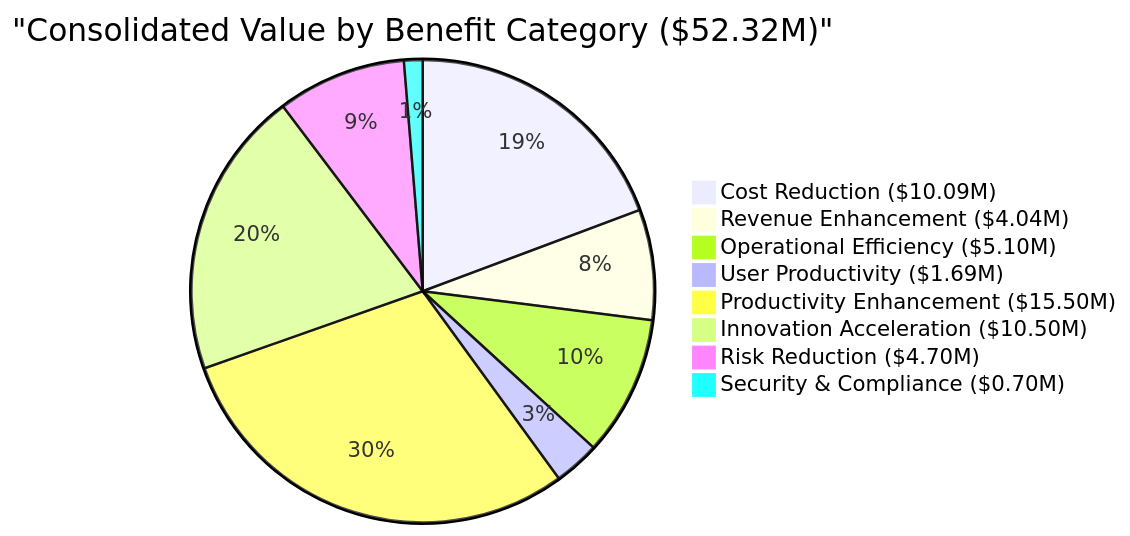
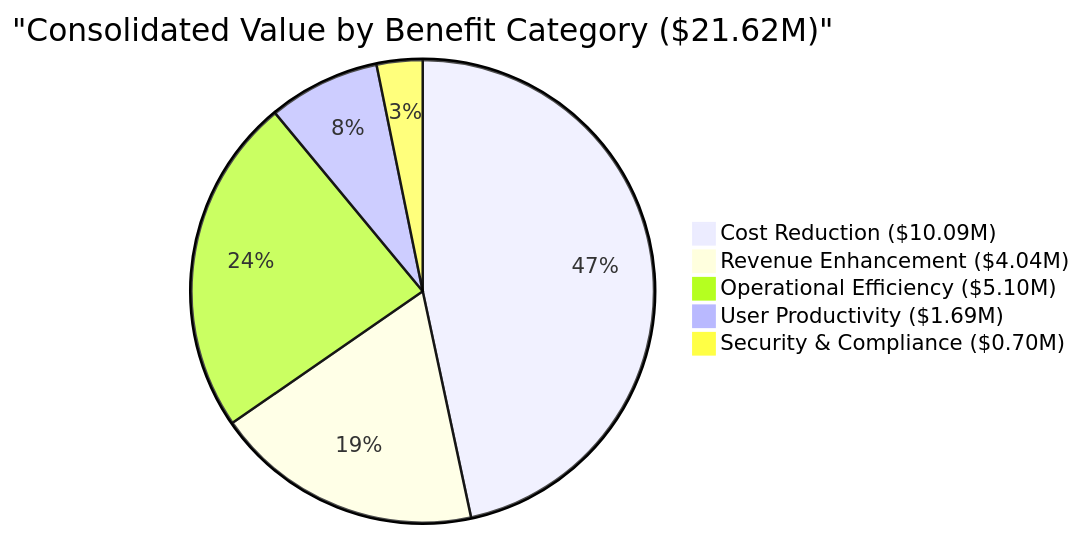
Before and after one commit to ME-ai-agents/docs_prod: diagram 20 of 21 in ME.ai_FDD_Impl Strategy & Business Value.md, drawn with Mermaid. The commit also changed other lines of this file, not shown here.

Commit message:
Update ME.ai_FDD_Impl Strategy & Business Value.md

````diff
--- a/ME.ai_FDD_Impl Strategy & Business Value.md
+++ b/ME.ai_FDD_Impl Strategy & Business Value.md
@@ -1106,11 +1027,8 @@
 ```mermaid
-pie title "Consolidated Value by Benefit Category ($52.32M)"
-    "Cost Reduction ($10.09M)" : 19.3
-    "Revenue Enhancement ($4.04M)" : 7.7
-    "Operational Efficiency ($5.10M)" : 9.8
-    "User Productivity ($1.69M)" : 3.2
-    "Productivity Enhancement ($15.50M)" : 29.6
-    "Innovation Acceleration ($10.50M)" : 20.1
-    "Risk Reduction ($4.70M)" : 9.0
-    "Security & Compliance ($0.70M)" : 1.3
+pie title "Consolidated Value by Benefit Category ($21.62M)"
+    "Cost Reduction ($10.09M)" : 46.6
+    "Revenue Enhancement ($4.04M)" : 18.7
+    "Operational Efficiency ($5.10M)" : 23.6
+    "User Productivity ($1.69M)" : 7.8
+    "Security & Compliance ($0.70M)" : 3.2
 ```
````
